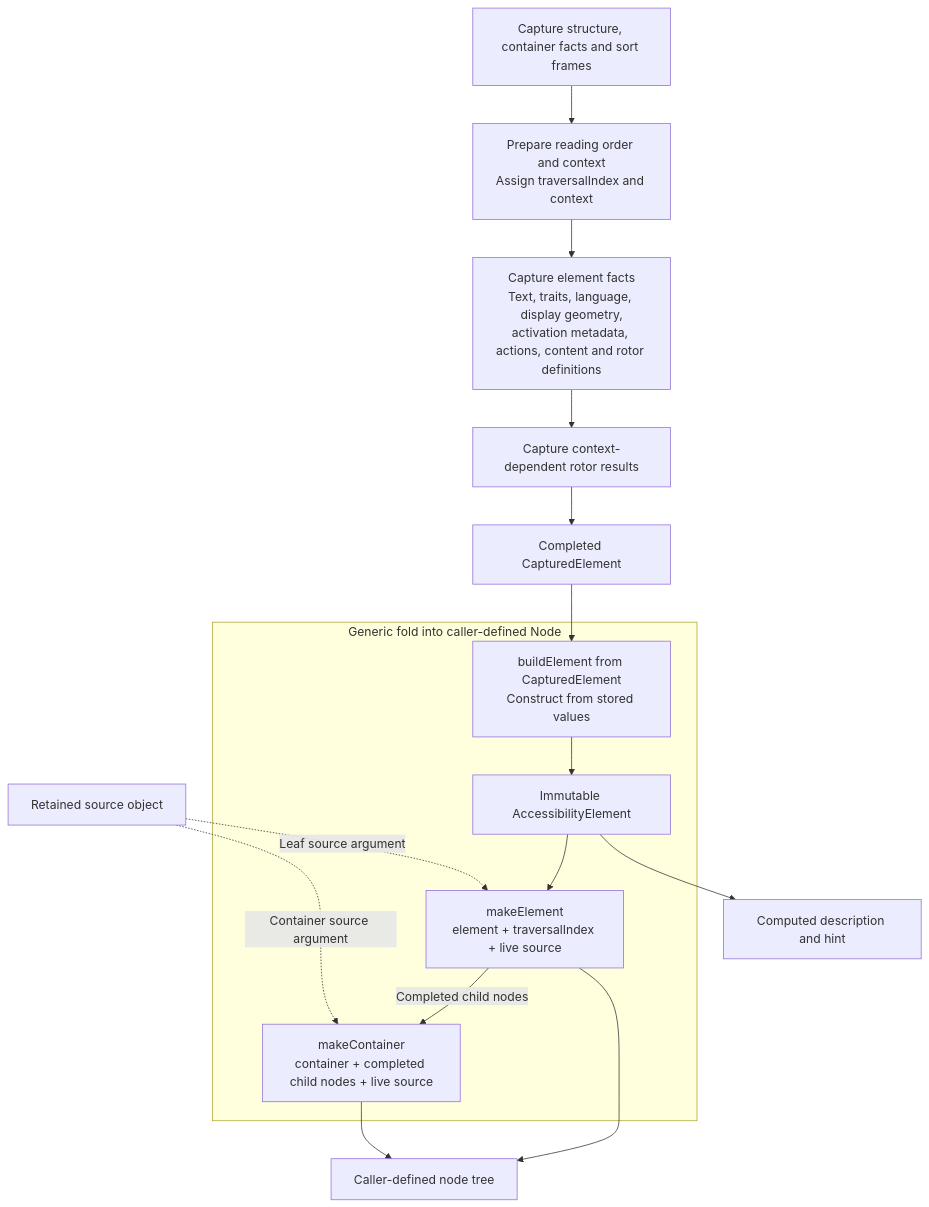
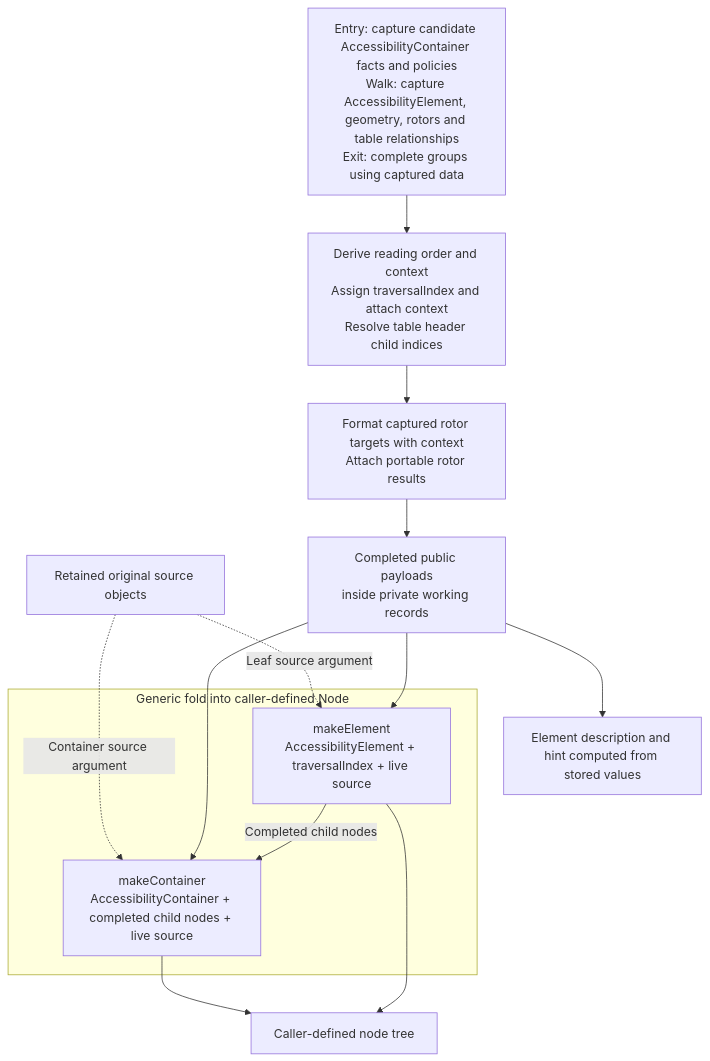
Before and after one commit to cashapp/AccessibilitySnapshot: the third of 3 diagrams in Documentation/Parser-Design.md, drawn with Mermaid. The commit also changed other lines of this file and 7 other files, not shown here.

Commit message:
Capture public payloads parent-first before deriving context

````diff
--- a/Documentation/Parser-Design.md
+++ b/Documentation/Parser-Design.md
@@ -98,26 +97,23 @@
 ```mermaid
 flowchart TD
-    GEOMETRY["Capture structure, container facts and sort frames"]
-    PREPARE["Prepare reading order and context<br/>Assign traversalIndex and context"]
-    CAPTURE["Capture element facts<br/>Text, traits, language, display geometry,<br/>activation metadata, actions, content and rotor definitions"]
-    ROTORS["Capture context-dependent rotor results"]
-    RECORD["Completed CapturedElement"]
-    SOURCE["Retained source object"]
+    CAPTURE["Entry: capture candidate AccessibilityContainer facts and policies<br/>Walk: capture AccessibilityElement, geometry, rotors and table relationships<br/>Exit: complete groups using captured data"]
+    PREPARE["Derive reading order and context<br/>Assign traversalIndex and attach context<br/>Resolve table header child indices"]
+    ROTORS["Format captured rotor targets with context<br/>Attach portable rotor results"]
+    RECORD["Completed public payloads<br/>inside private working records"]
+    SOURCE["Retained original source objects"]
 
     subgraph FOLD["Generic fold into caller-defined Node"]
-        BUILD["buildElement from CapturedElement<br/>Construct from stored values"]
-        ELEMENT["Immutable AccessibilityElement"]
-        LEAF["makeElement<br/>element + traversalIndex + live source"]
-        CONTAINER["makeContainer<br/>container + completed child nodes + live source"]
-
-        BUILD --> ELEMENT --> LEAF
+        LEAF["makeElement<br/>AccessibilityElement + traversalIndex + live source"]
+        CONTAINER["makeContainer<br/>AccessibilityContainer + completed child nodes + live source"]
         LEAF -->|"Completed child nodes"| CONTAINER
     end
 
-    GEOMETRY --> PREPARE --> CAPTURE --> ROTORS --> RECORD --> BUILD
+    CAPTURE --> PREPARE --> ROTORS --> RECORD
+    RECORD --> LEAF
+    RECORD --> CONTAINER
     SOURCE -.->|"Leaf source argument"| LEAF
     SOURCE -.->|"Container source argument"| CONTAINER
     LEAF --> OUTPUT["Caller-defined node tree"]
     CONTAINER --> OUTPUT
-    ELEMENT --> SPEECH["Computed description and hint"]
+    RECORD --> SPEECH["Element description and hint computed from stored values"]
 ```
````
